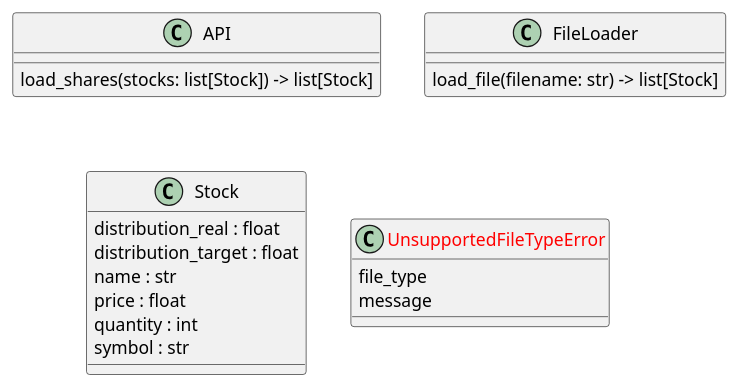
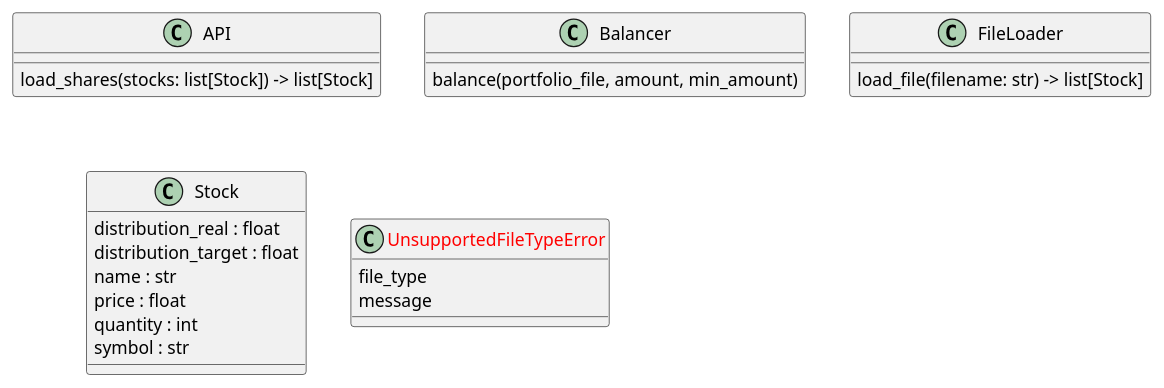
The diagram in classes.puml (glongrais/Portfolio_Balancer), drawn with PlantUML before and after one commit. The commit also changed 2 other files, not shown here.

```diff
--- a/classes.puml
+++ b/classes.puml
@@ -1,21 +1,24 @@
 @startuml classes
 set namespaceSeparator none
-class "API" as Portfolio_Balancing.portfolio_balancer.api.API {
+class "API" as Portfolio_Balancing.api.api.API {
   load_shares(stocks: list[Stock]) -> list[Stock]
+}
+class "Balancer" as Portfolio_Balancing.portfolio_balancer.balancer.Balancer {
+  balance(portfolio_file, amount, min_amount)
 }
 class "FileLoader" as Portfolio_Balancing.portfolio_balancer.file_loader.FileLoader {
   load_file(filename: str) -> list[Stock]
 }
 class "Stock" as Portfolio_Balancing.portfolio_balancer.stock.Stock {
   distribution_real : float
   distribution_target : float
   name : str
   price : float
   quantity : int
   symbol : str
 }
 class "<color:red>UnsupportedFileTypeError</color>" as Portfolio_Balancing.portfolio_balancer.exception.UnsupportedFileTypeError {
   file_type
   message
 }
 @enduml
```
